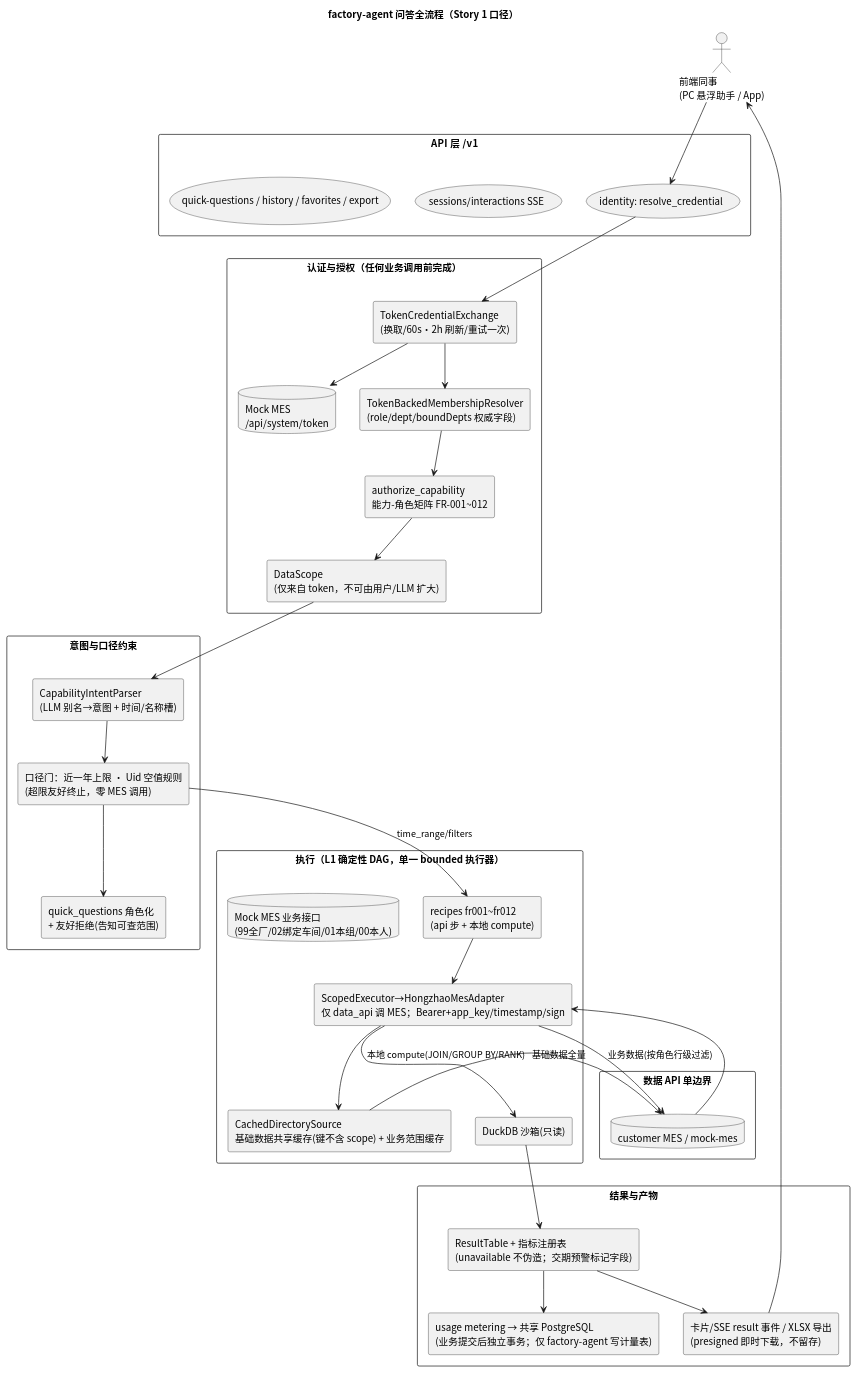
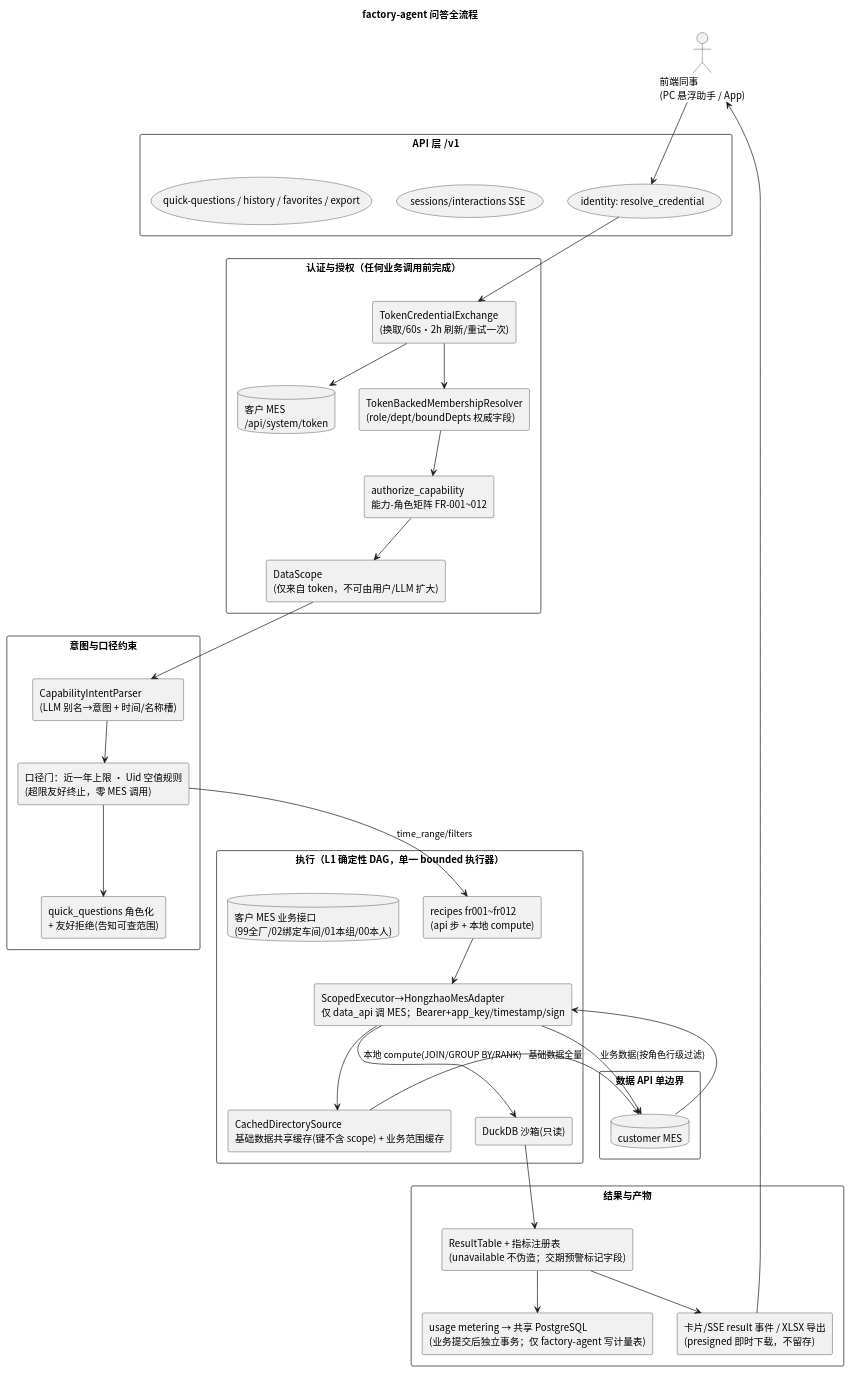
Before and after one commit to zhu13818202655/factory-agent: the second of 2 diagrams in ARCHITECTURE.md, drawn with PlantUML. The commit also changed other lines of this file and 136 other files, not shown here.

First line of the commit message:
Retire mock-mes and clean historical annotations

````diff
--- a/ARCHITECTURE.md
+++ b/ARCHITECTURE.md
@@ -27,69 +27,69 @@
 ```plantuml
 @startuml
 skinparam componentStyle rectangle
-title factory-agent 问答全流程（Story 1 口径）
+title factory-agent 问答全流程
 
 skinparam defaultFontName "Noto Sans CJK SC"
 
 actor "前端同事\n(PC 悬浮助手 / App)" as FE
 
 rectangle "API 层  /v1" {
   (identity: resolve_credential) as EDGE
   (sessions/interactions SSE) as API
   (quick-questions / history / favorites / export) as PERS_API
 }
 
 rectangle "认证与授权（任何业务调用前完成）" {
-  database "Mock MES\n/api/system/token" as TOKEN
+  database "客户 MES\n/api/system/token" as TOKEN
   component "TokenCredentialExchange\n(换取/60s·2h 刷新/重试一次)" as EX
   component "TokenBackedMembershipResolver\n(role/dept/boundDepts 权威字段)" as MEM
   component "authorize_capability\n能力-角色矩阵 FR-001~012" as AUTH
   component "DataScope\n(仅来自 token，不可由用户/LLM 扩大)" as SCOPE
 }
 
 rectangle "意图与口径约束" {
   component "CapabilityIntentParser\n(LLM 别名→意图 + 时间/名称槽)" as INTENT
   component "口径门：近一年上限 · Uid 空值规则\n(超限友好终止，零 MES 调用)" as GATES
   component "quick_questions 角色化\n+ 友好拒绝(告知可查范围)" as FRIENDLY
 }
 
 rectangle "执行（L1 确定性 DAG，单一 bounded 执行器）" {
   component "recipes fr001~fr012\n(api 步 + 本地 compute)" as RECIPE
   component "ScopedExecutor→HongzhaoMesAdapter\n仅 data_api 调 MES；Bearer+app_key/timestamp/sign" as EXEC
   component "CachedDirectorySource\n基础数据共享缓存(键不含 scope) + 业务范围缓存" as CACHE
-  database "Mock MES 业务接口\n(99全厂/02绑定车间/01本组/00本人)" as MES
+  database "客户 MES 业务接口\n(99全厂/02绑定车间/01本组/00本人)" as MES
   component "DuckDB 沙箱(只读)" as SANDBOX
 }
 
 rectangle "结果与产物" {
   component "ResultTable + 指标注册表\n(unavailable 不伪造；交期预警标记字段)" as RT
   component "卡片/SSE result 事件 / XLSX 导出\n(presigned 即时下载，不留存)" as OUT
   component "usage metering → 共享 PostgreSQL\n(业务提交后独立事务；仅 factory-agent 写计量表)" as USAGE
 }
 
 rectangle "数据 API 单边界" {
-  database "customer MES / mock-mes" as MESEND
+  database "customer MES" as MESEND
 }
 
 FE --> EDGE
 EDGE --> EX
 EX --> TOKEN
 EX --> MEM
 MEM --> AUTH
 AUTH --> SCOPE
 SCOPE --> INTENT
 INTENT --> GATES
 GATES --> FRIENDLY
 GATES --> RECIPE : time_range/filters
 RECIPE --> EXEC
 EXEC --> CACHE
 CACHE --> MESEND : 基础数据全量
 EXEC --> MESEND : 业务数据(按角色行级过滤)
 MESEND --> EXEC
 EXEC --> SANDBOX : 本地 compute(JOIN/GROUP BY/RANK)
 SANDBOX --> RT
 RT --> OUT
 OUT --> FE
 RT --> USAGE
 @enduml
 ```
````
